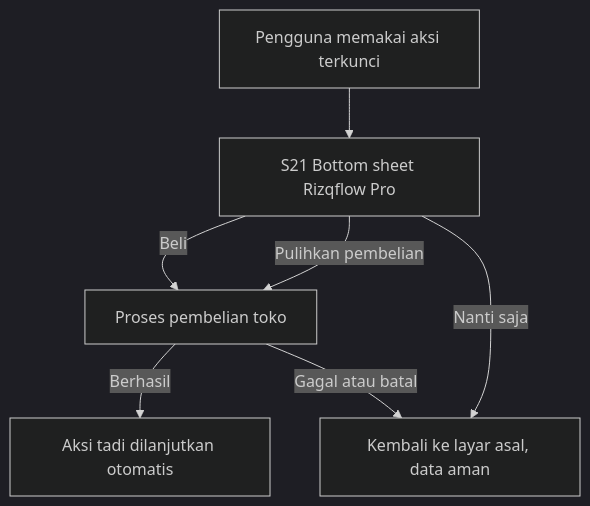
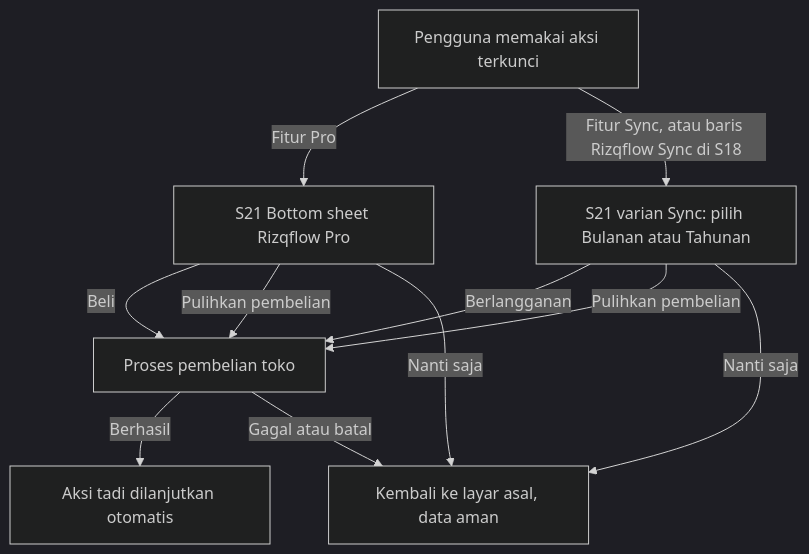
One commit to elahady/Rizqflow changed the sixth of 9 diagrams in docs/ui-flow.md. Above: the diagram before and after it, drawn with Mermaid (dark theme). The commit also changed other lines of this file and 4 other files, not shown here.

First line of the commit message:
Catat langganan Sync di roadmap, tutup Tahap 7, dan sinkronkan dokumen turunan

````diff
--- a/docs/ui-flow.md
+++ b/docs/ui-flow.md
@@ -462,9 +505,13 @@
 ```mermaid
 flowchart TD
-A["Pengguna memakai aksi terkunci"] --> B["S21 Bottom sheet Rizqflow Pro"]
+A["Pengguna memakai aksi terkunci"] -->|"Fitur Pro"| B["S21 Bottom sheet Rizqflow Pro"]
+A -->|"Fitur Sync, atau baris Rizqflow Sync di S18"| S["S21 varian Sync: pilih Bulanan atau Tahunan"]
 B -->|"Beli"| C["Proses pembelian toko"]
+S -->|"Berlangganan"| C
 C -->|"Berhasil"| D["Aksi tadi dilanjutkan otomatis"]
 C -->|"Gagal atau batal"| E["Kembali ke layar asal, data aman"]
 B -->|"Pulihkan pembelian"| C
+S -->|"Pulihkan pembelian"| C
 B -->|"Nanti saja"| E
+S -->|"Nanti saja"| E
 ```
````
